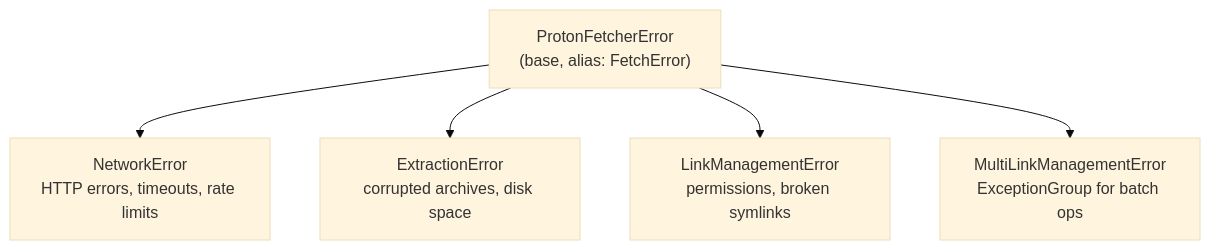
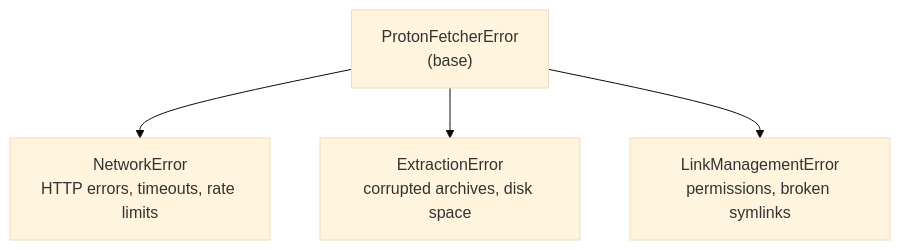
One commit to WombatFromHell/protonge-fetcher changed the ninth of 11 diagrams in DESIGN.md. Above: the diagram before and after it, drawn with Mermaid (base theme). The commit also changed other lines of this file and 44 other files, not shown here.

````diff
--- a/DESIGN.md
+++ b/DESIGN.md
@@ -458,19 +450,16 @@
 ```mermaid
 graph TD
-    PF["ProtonFetcherError\n(base, alias: FetchError)"]
+    PF["ProtonFetcherError\n(base)"]
     NE["NetworkError\nHTTP errors, timeouts, rate limits"]
     EE["ExtractionError\ncorrupted archives, disk space"]
     LME["LinkManagementError\npermissions, broken symlinks"]
-    MLME["MultiLinkManagementError\nExceptionGroup for batch ops"]
 
     PF --> NE
     PF --> EE
     PF --> LME
-    PF --> MLME
 
     class PF fill:#f8d7da,stroke:#dc3545,color:#fff
     class NE fill:#fff3cd,stroke:#ffc107
     class EE fill:#d1ecf1,stroke:#0c5460
     class LME fill:#d4edda,stroke:#155724
-    class MLME fill:#e2e3e5,stroke:#383d41
 ```
````
